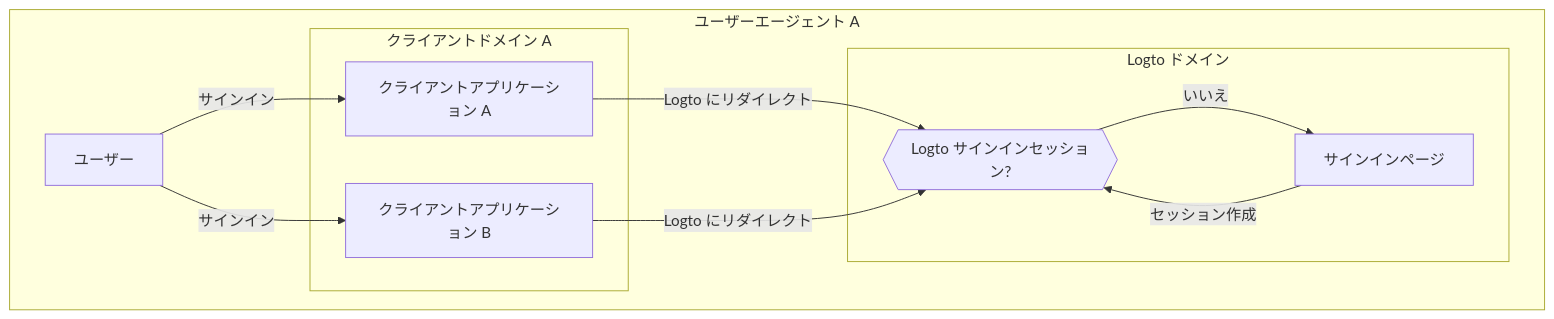
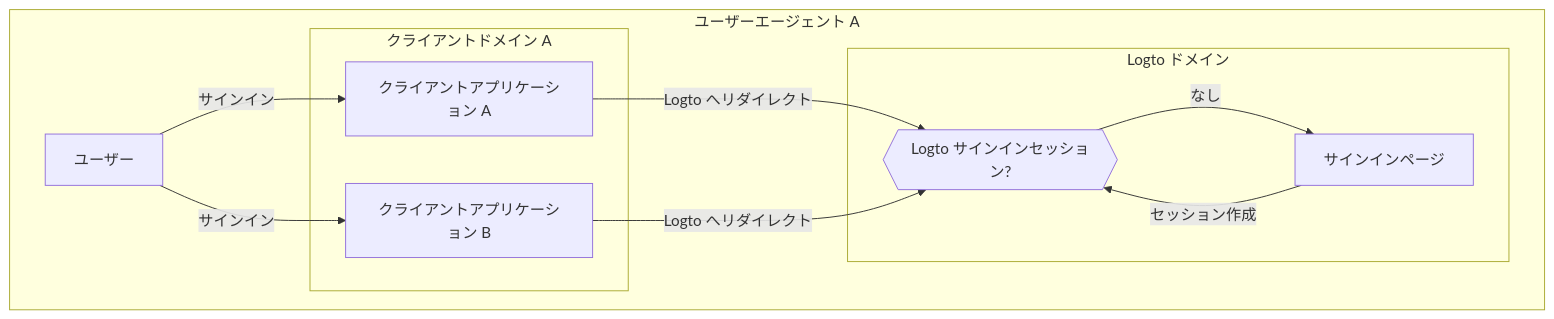
The second of 3 diagrams in i18n/ja/docusaurus-plugin-content-docs/current/end-user-flows/sign-out.mdx (logto-io/docs), drawn with Mermaid before and after one commit. The commit also changed other lines of this file and 162 other files, not shown here.

````diff
--- a/i18n/ja/docusaurus-plugin-content-docs/current/end-user-flows/sign-out.mdx
+++ b/i18n/ja/docusaurus-plugin-content-docs/current/end-user-flows/sign-out.mdx
@@ -59,26 +59,26 @@
    ```mermaid
     flowchart TD
     subgraph User [ユーザーエージェント A]
       U[ユーザー]
 
       subgraph Layer1 [クライアントドメイン A]
         A[クライアントアプリケーション A]
       end
 
       subgraph Layer1 [クライアントドメイン B]
         B[クライアントアプリケーション B]
       end
 
       subgraph Layer2 [Logto ドメイン]
           C{{Logto サインインセッション?}}
           D[サインインページ]
       end
     end
 
     U --> |サインイン| A
-    A --> |Logto にリダイレクト| C
+    A --> |Logto へリダイレクト| C
     U --> |サインイン| B
-    B --> |Logto にリダイレクト| C
-    C --> |いいえ| D
+    B --> |Logto へリダイレクト| C
+    C --> |なし| D
     D --> |セッション作成| C
    ```
````
